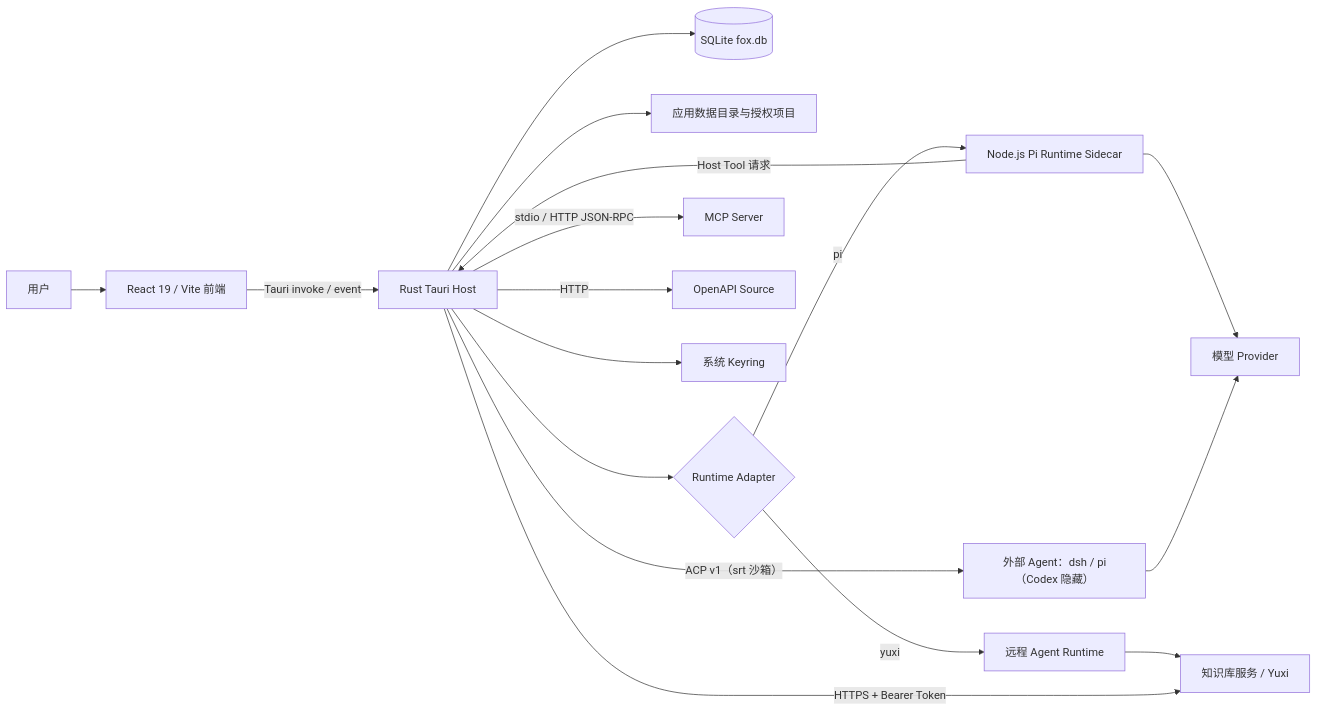
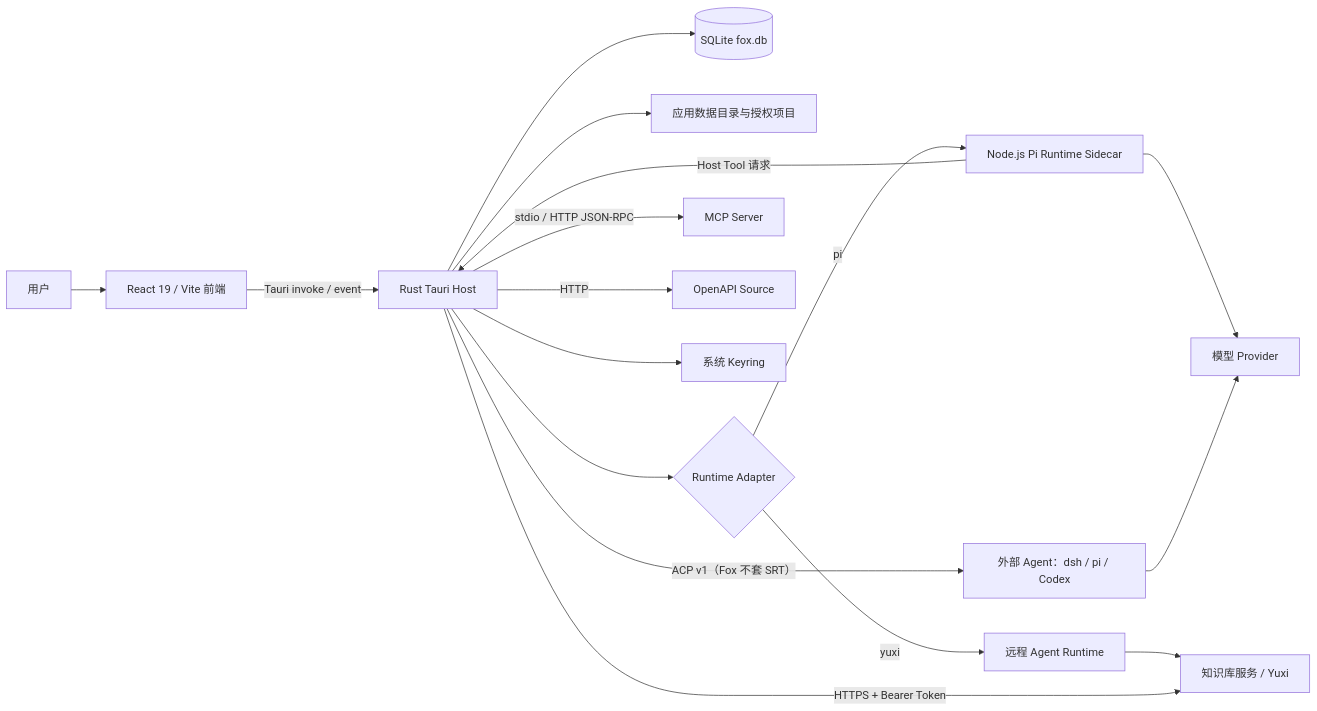
The first of 2 diagrams in docs/02-架构/总体架构.md (Hry1729/Fox-Agent), drawn with Mermaid before and after one commit. The commit also changed other lines of this file and 74 other files, not shown here.

Commit message:
feat(sandbox): confine Fox Agent commands with SRT; restore Codex; keep external Agents native

````diff
--- a/docs/02-架构/总体架构.md
+++ b/docs/02-架构/总体架构.md
@@ -18,19 +18,19 @@
 ```mermaid
 flowchart LR
     U["用户"] --> UI["React 19 / Vite 前端"]
     UI -->|"Tauri invoke / event"| HOST["Rust Tauri Host"]
     HOST --> DB[("SQLite fox.db")]
     HOST --> FS["应用数据目录与授权项目"]
     HOST --> ROUTER{"Runtime Adapter"}
     ROUTER -->|"pi"| PI["Node.js Pi Runtime Sidecar"]
     ROUTER -->|"yuxi"| YRUN["远程 Agent Runtime"]
     PI --> MODEL["模型 Provider"]
     PI -->|"Host Tool 请求"| HOST
     YRUN --> KB["知识库服务 / Yuxi"]
     HOST -->|"HTTPS + Bearer Token"| KB
     HOST -->|"stdio / HTTP JSON-RPC"| MCP["MCP Server"]
     HOST -->|"HTTP"| OPENAPI["OpenAPI Source"]
     HOST --> KEY["系统 Keyring"]
-    HOST -->|"ACP v1（srt 沙箱）"| EXT["外部 Agent：dsh / pi（Codex 隐藏）"]
+    HOST -->|"ACP v1（Fox 不套 SRT）"| EXT["外部 Agent：dsh / pi / Codex"]
     EXT --> MODEL
 ```
````
